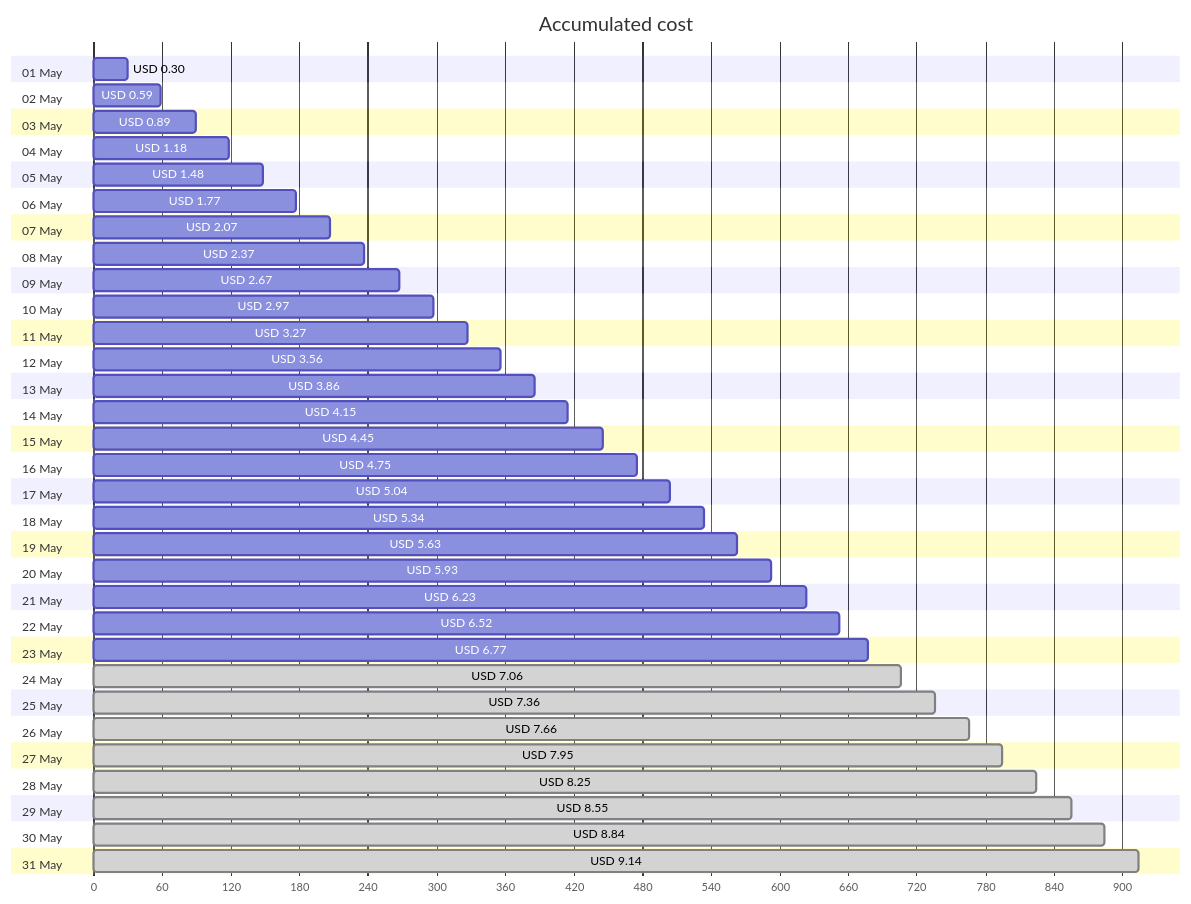
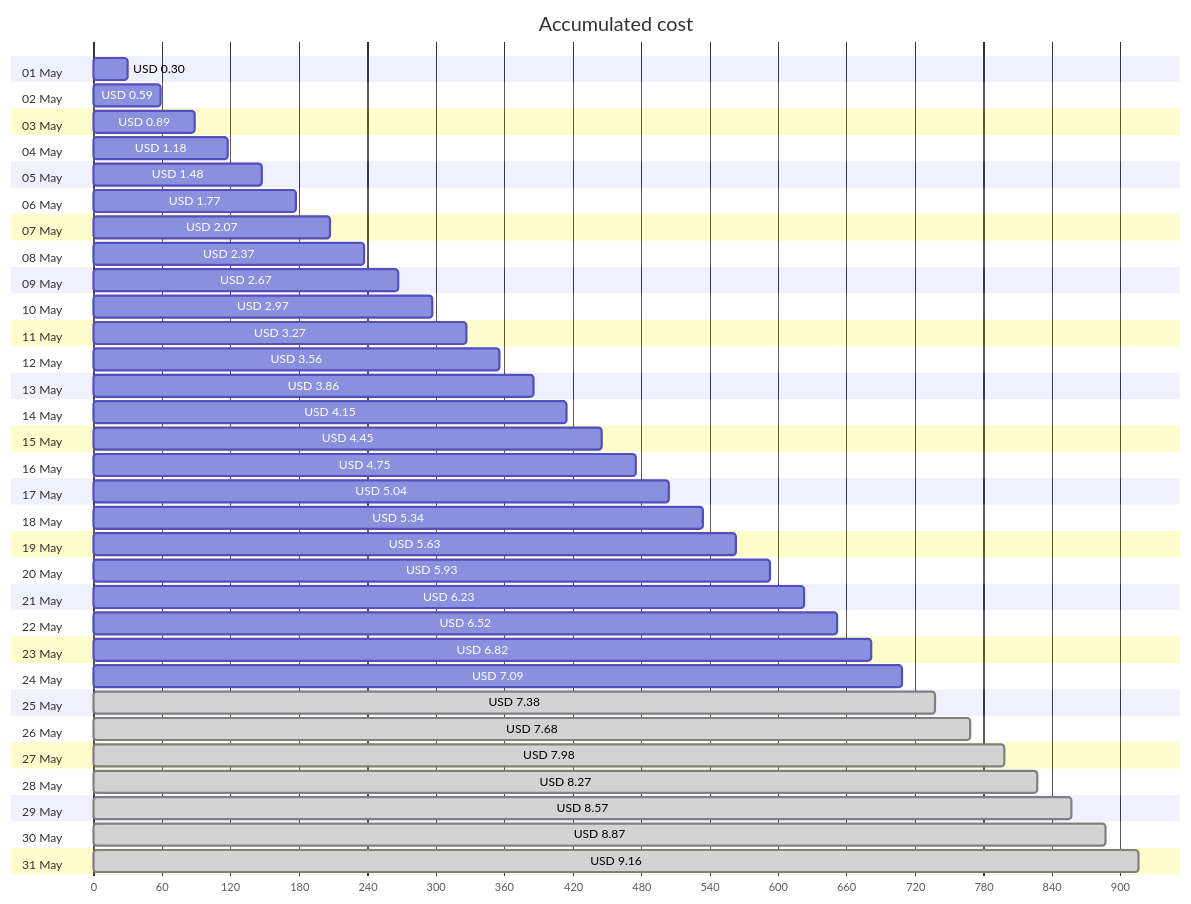
The first of 4 diagrams in cost-reports/personal-site/personal-site-preview.md (jpfulton/azure-personal-reports), drawn with Mermaid before and after one commit. The commit also changed other lines of this file and 6 other files, not shown here.

````diff
--- a/cost-reports/personal-site/personal-site-preview.md
+++ b/cost-reports/personal-site/personal-site-preview.md
@@ -20,68 +20,68 @@
 ```mermaid
 gantt
    title Accumulated cost
    dateFormat  X
    axisFormat %s
    section 01 May
    USD 0.30 :0, 30
    section 02 May
    USD 0.59 :0, 59
    section 03 May
    USD 0.89 :0, 89
    section 04 May
    USD 1.18 :0, 118
    section 05 May
    USD 1.48 :0, 148
    section 06 May
    USD 1.77 :0, 177
    section 07 May
    USD 2.07 :0, 207
    section 08 May
    USD 2.37 :0, 237
    section 09 May
    USD 2.67 :0, 267
    section 10 May
    USD 2.97 :0, 297
    section 11 May
    USD 3.27 :0, 327
    section 12 May
    USD 3.56 :0, 356
    section 13 May
    USD 3.86 :0, 386
    section 14 May
    USD 4.15 :0, 415
    section 15 May
    USD 4.45 :0, 445
    section 16 May
    USD 4.75 :0, 475
    section 17 May
    USD 5.04 :0, 504
    section 18 May
    USD 5.34 :0, 534
    section 19 May
    USD 5.63 :0, 563
    section 20 May
    USD 5.93 :0, 593
    section 21 May
    USD 6.23 :0, 623
    section 22 May
    USD 6.52 :0, 652
    section 23 May
-   USD 6.77 :0, 677
+   USD 6.82 :0, 682
    section 24 May
-   USD 7.06 : done, 0, 706
+   USD 7.09 :0, 709
    section 25 May
-   USD 7.36 : done, 0, 736
+   USD 7.38 : done, 0, 738
    section 26 May
-   USD 7.66 : done, 0, 766
+   USD 7.68 : done, 0, 768
    section 27 May
-   USD 7.95 : done, 0, 795
+   USD 7.98 : done, 0, 798
    section 28 May
-   USD 8.25 : done, 0, 825
+   USD 8.27 : done, 0, 827
    section 29 May
-   USD 8.55 : done, 0, 855
+   USD 8.57 : done, 0, 857
    section 30 May
-   USD 8.84 : done, 0, 884
+   USD 8.87 : done, 0, 887
    section 31 May
-   USD 9.14 : done, 0, 914
+   USD 9.16 : done, 0, 916
 ```
````
